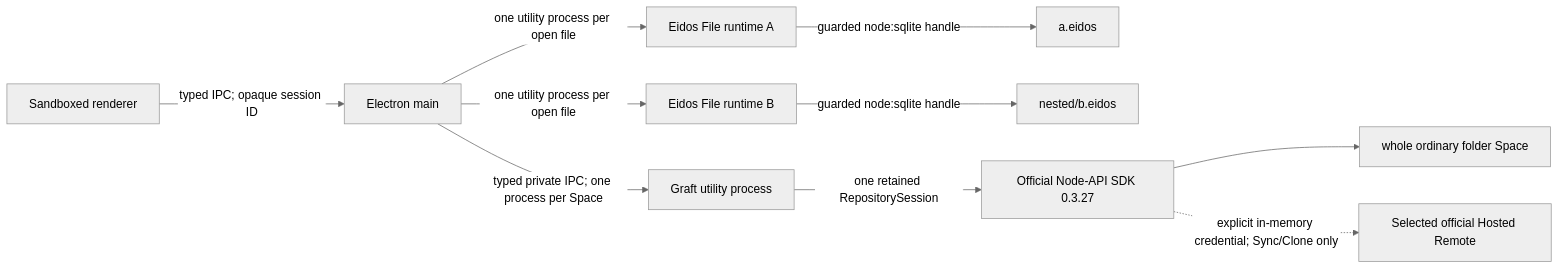
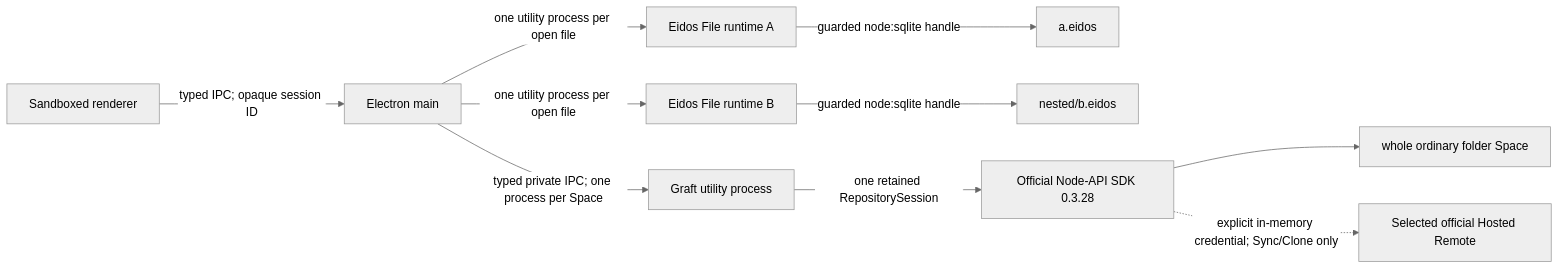
The first of 3 diagrams in apps/eidos-lite-desktop/docs/ARCHITECTURE.md (mayneyao/eidos), drawn with Mermaid (neutral theme) before and after one commit. The commit also changed other lines of this file and 15 other files, not shown here.

````diff
--- a/apps/eidos-lite-desktop/docs/ARCHITECTURE.md
+++ b/apps/eidos-lite-desktop/docs/ARCHITECTURE.md
@@ -58,12 +58,12 @@
 ```mermaid
 flowchart LR
   R["Sandboxed renderer"] -->|"typed IPC; opaque session ID"| M["Electron main"]
   M -->|"one utility process per open file"| F1["Eidos File runtime A"]
   M -->|"one utility process per open file"| F2["Eidos File runtime B"]
   F1 -->|"guarded node:sqlite handle"| E1["a.eidos"]
   F2 -->|"guarded node:sqlite handle"| E2["nested/b.eidos"]
   M -->|"typed private IPC; one process per Space"| G["Graft utility process"]
-  G -->|"one retained RepositorySession"| N["Official Node-API SDK 0.3.27"]
+  G -->|"one retained RepositorySession"| N["Official Node-API SDK 0.3.28"]
   N --> S["whole ordinary folder Space"]
   N -. "explicit in-memory credential; Sync/Clone only" .-> H["Selected official Hosted Remote"]
 ```
````
